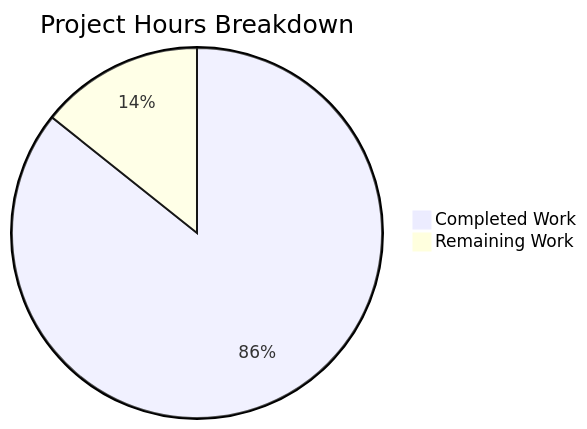
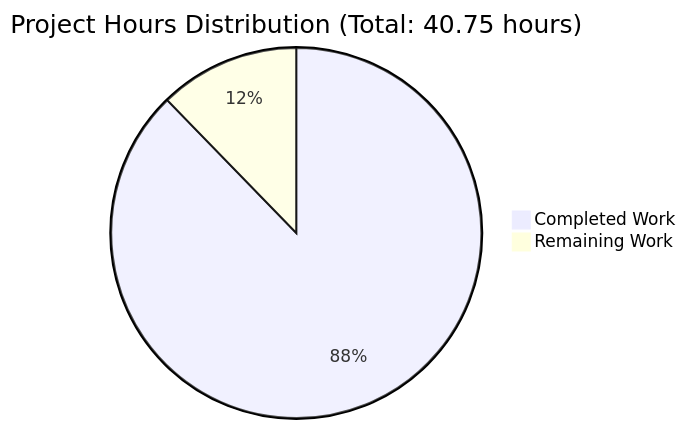
Before and after one commit to lakshya-blitzy/hello_world_lakshya_github: the first of 3 diagrams in blitzy/documentation/Project Guide.md, drawn with Mermaid. The commit also changed other lines of this file, not shown here.

Commit message:
Adding Blitzy Project Guide: Project Status and Human Tasks Remaining

````diff
--- a/blitzy/documentation/Project Guide.md
+++ b/blitzy/documentation/Project Guide.md
@@ -69,5 +62,5 @@
 ```mermaid
-pie title Project Hours Breakdown
-    "Completed Work" : 18
-    "Remaining Work" : 3
+pie title Project Hours Distribution (Total: 40.75 hours)
+    "Completed Work" : 35.75
+    "Remaining Work" : 5.00
 ```
````
